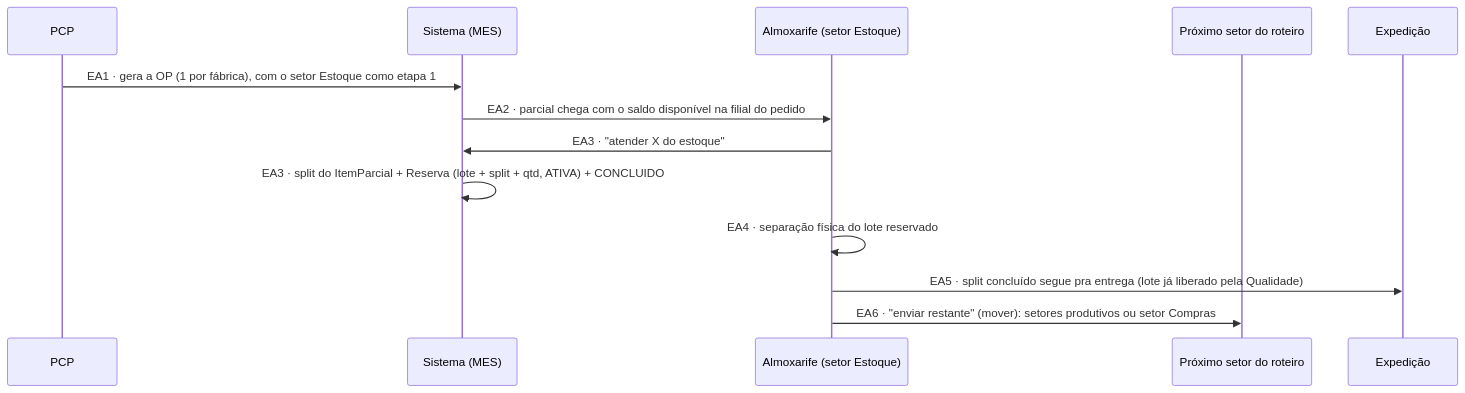
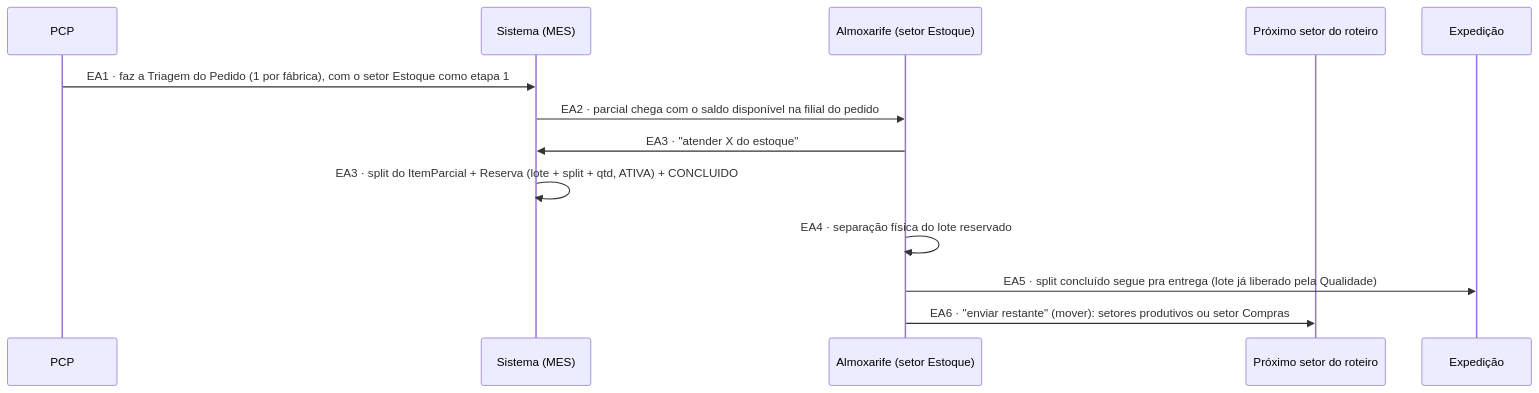
The first of 3 diagrams in 02-PRD-Estoque/Fluxo-Estoque-Completo.md (Acosvital/vault-avhub-mer), drawn with Mermaid before and after one commit. The commit also changed other lines of this file and 9 other files, not shown here.

First line of the commit message:
docs(vault): etapa do PCP passa a se chamar Triagem do Pedido; diagrama de atividades corrigido (confirmacao, laco de rodada, marcacao da Qualidade)

````diff
--- a/02-PRD-Estoque/Fluxo-Estoque-Completo.md
+++ b/02-PRD-Estoque/Fluxo-Estoque-Completo.md
@@ -36,16 +36,16 @@
 ```mermaid
 sequenceDiagram
     participant PCP
     participant Sist as Sistema (MES)
     participant Alm as Almoxarife (setor Estoque)
     participant Prox as Próximo setor do roteiro
     participant Exp as Expedição
 
-    PCP->>Sist: EA1 · gera a OP (1 por fábrica), com o setor Estoque como etapa 1
+    PCP->>Sist: EA1 · faz a Triagem do Pedido (1 por fábrica), com o setor Estoque como etapa 1
     Sist->>Alm: EA2 · parcial chega com o saldo disponível na filial do pedido
     Alm->>Sist: EA3 · "atender X do estoque"
     Sist->>Sist: EA3 · split do ItemParcial + Reserva (lote + split + qtd, ATIVA) + CONCLUIDO
     Alm->>Alm: EA4 · separação física do lote reservado
     Alm->>Exp: EA5 · split concluído segue pra entrega (lote já liberado pela Qualidade)
     Alm->>Prox: EA6 · "enviar restante" (mover): setores produtivos ou setor Compras
 ```
````
